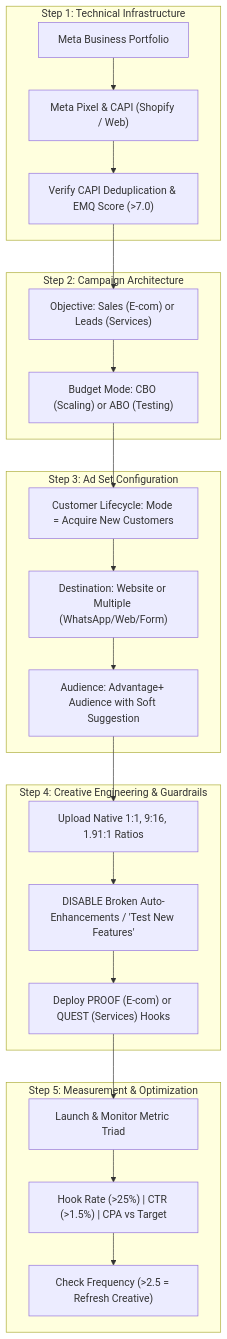
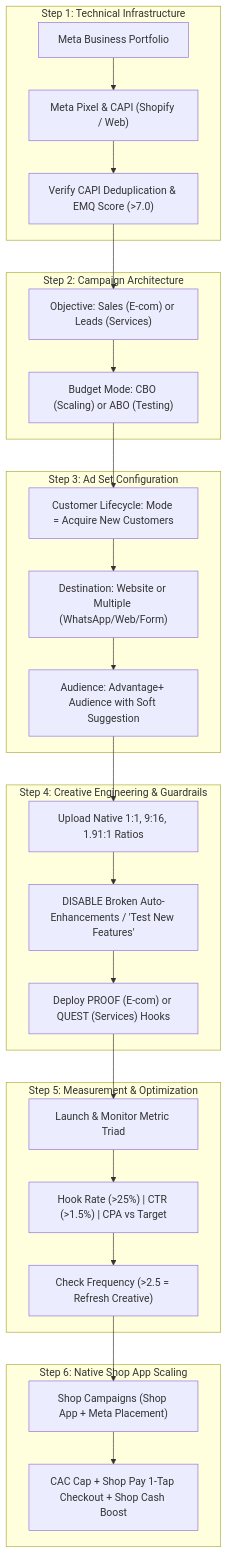
One commit to coder7475/shopify-rnd changed the diagram in marketing/META-ADS-MARKETING-GUIDE.md. Above: the diagram before and after it, drawn with Mermaid. The commit also changed other lines of this file, not shown here.

Commit message:
feat(marketing): add Shop App advertising and Meta cross-placement section

````diff
--- a/marketing/META-ADS-MARKETING-GUIDE.md
+++ b/marketing/META-ADS-MARKETING-GUIDE.md
@@ -54,30 +61,35 @@
 ```mermaid
 flowchart TD
     subgraph S1["Step 1: Technical Infrastructure"]
         BM["Meta Business Portfolio"] --> Pixel["Meta Pixel & CAPI (Shopify / Web)"]
         Pixel --> EMQ["Verify CAPI Deduplication & EMQ Score (>7.0)"]
     end
 
     subgraph S2["Step 2: Campaign Architecture"]
         EMQ --> Obj["Objective: Sales (E-com) or Leads (Services)"]
         Obj --> Budget["Budget Mode: CBO (Scaling) or ABO (Testing)"]
     end
 
     subgraph S3["Step 3: Ad Set Configuration"]
         Budget --> Life["Customer Lifecycle: Mode = Acquire New Customers"]
         Life --> Dest["Destination: Website or Multiple (WhatsApp/Web/Form)"]
         Dest --> Aud["Audience: Advantage+ Audience with Soft Suggestion"]
     end
 
     subgraph S4["Step 4: Creative Engineering & Guardrails"]
         Aud --> Format["Upload Native 1:1, 9:16, 1.91:1 Ratios"]
         Format --> Guard["DISABLE Broken Auto-Enhancements / 'Test New Features'"]
         Guard --> Angle["Deploy PROOF (E-com) or QUEST (Services) Hooks"]
     end
 
     subgraph S5["Step 5: Measurement & Optimization"]
         Angle --> Launch["Launch & Monitor Metric Triad"]
         Launch --> Metrics["Hook Rate (>25%) | CTR (>1.5%) | CPA vs Target"]
         Metrics --> Fatigue["Check Frequency (>2.5 = Refresh Creative)"]
     end
+
+    subgraph S6["Step 6: Native Shop App Scaling"]
+        Fatigue --> Shop["Shop Campaigns (Shop App + Meta Placement)"]
+        Shop --> CAC["CAC Cap + Shop Pay 1-Tap Checkout + Shop Cash Boost"]
+    end
 ```
````
